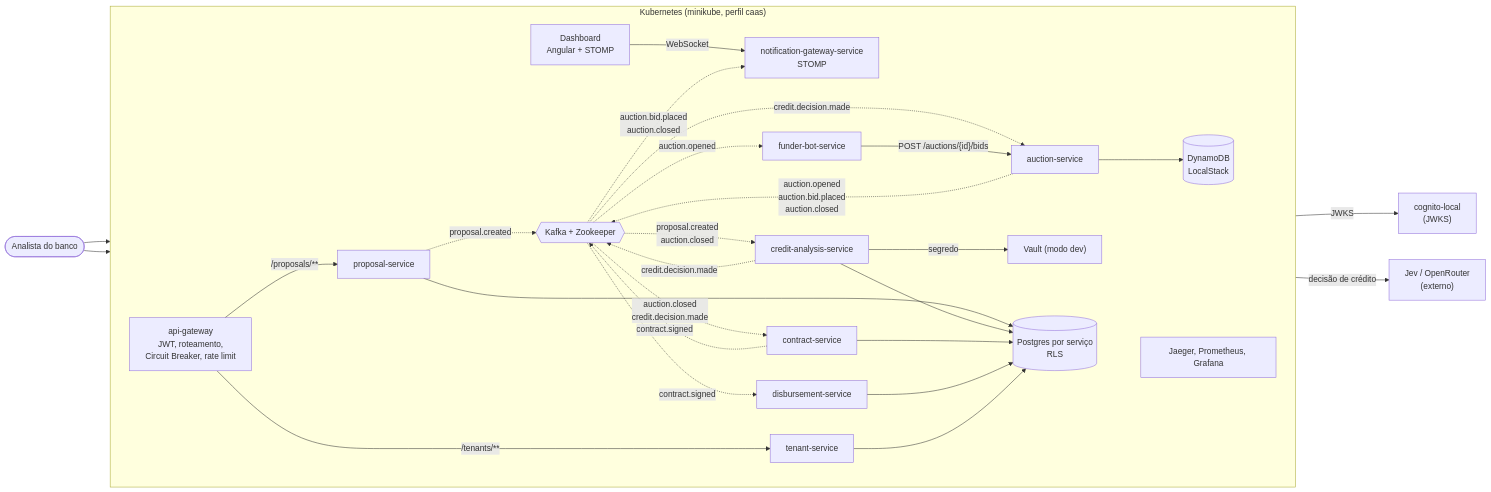
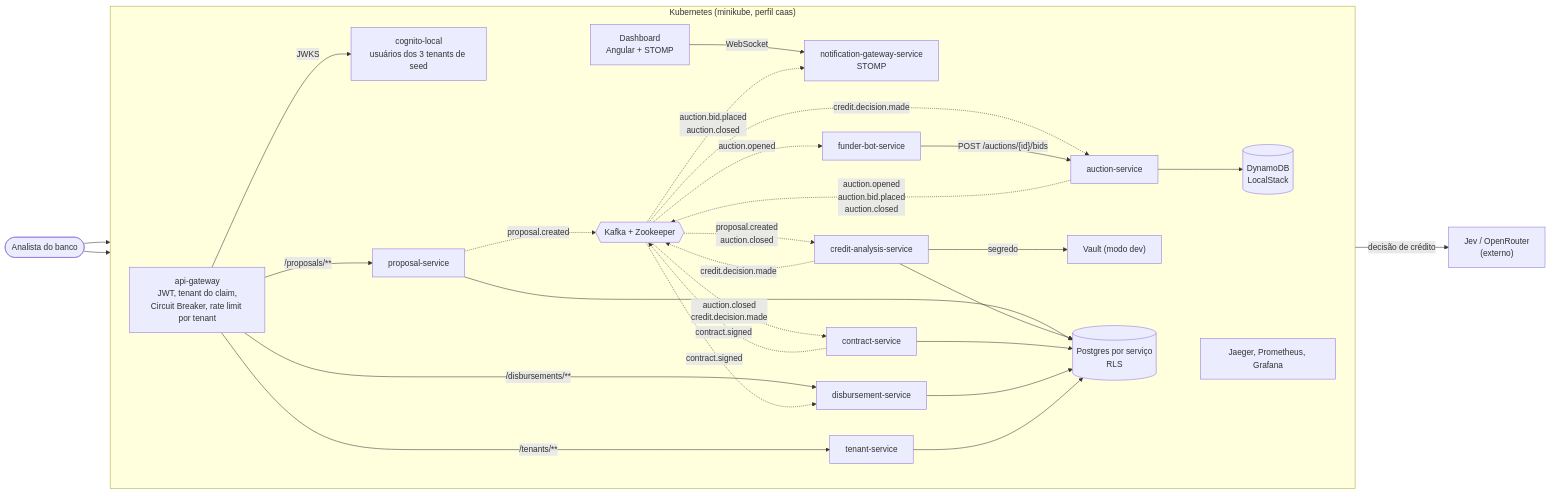
The diagram in docs/c4/container.md (Henrique-CBueno/caas-consignado-leilao), drawn with Mermaid before and after one commit. The commit also changed other lines of this file and 22 other files, not shown here.

Commit message:
Gateway deriva o tenant do JWT: claim custom:tenant_id, 403 sem tenant, rate limit por tenant, rota /disbursements, cognito-local e NetworkPolicy (Calico) no cluster (#17)

````diff
--- a/docs/c4/container.md
+++ b/docs/c4/container.md
@@ -5,54 +5,55 @@
 ```mermaid
 flowchart LR
     analista(["Analista do banco"])
     jev["Jev / OpenRouter<br/>(externo)"]
-    cognito["cognito-local<br/>(JWKS)"]
 
     subgraph k8s["Kubernetes (minikube, perfil caas)"]
         direction LR
         dashboard["Dashboard<br/>Angular + STOMP"]
-        gateway["api-gateway<br/>JWT, roteamento,<br/>Circuit Breaker, rate limit"]
+        gateway["api-gateway<br/>JWT, tenant do claim,<br/>Circuit Breaker, rate limit por tenant"]
         tenant["tenant-service"]
         proposal["proposal-service"]
         credit["credit-analysis-service"]
         auction["auction-service"]
         bot["funder-bot-service"]
         notif["notification-gateway-service<br/>STOMP"]
         contract["contract-service"]
         disb["disbursement-service"]
 
         kafka{{"Kafka + Zookeeper"}}
         pg[("Postgres por serviço<br/>RLS")]
         dynamo[("DynamoDB<br/>LocalStack")]
         vault["Vault (modo dev)"]
+        cognito["cognito-local<br/>usuários dos 3 tenants de seed"]
         obs["Jaeger, Prometheus, Grafana"]
     end
 
     analista --> dashboard
     analista --> gateway
     dashboard -- WebSocket --> notif
     gateway -- JWKS --> cognito
     gateway -- "/tenants/**" --> tenant
     gateway -- "/proposals/**" --> proposal
+    gateway -- "/disbursements/**" --> disb
 
     proposal -. "proposal.created" .-> kafka
     kafka -. "proposal.created<br/>auction.closed" .-> credit
     credit -. "credit.decision.made" .-> kafka
     kafka -. "credit.decision.made" .-> auction
     auction -. "auction.opened<br/>auction.bid.placed<br/>auction.closed" .-> kafka
     kafka -. "auction.opened" .-> bot
     bot -- "POST /auctions/{id}/bids" --> auction
     kafka -. "auction.bid.placed<br/>auction.closed" .-> notif
     kafka -. "auction.closed<br/>credit.decision.made" .-> contract
     contract -. "contract.signed" .-> kafka
     kafka -. "contract.signed" .-> disb
 
     credit -- "decisão de crédito" --> jev
     credit -- "segredo" --> vault
     auction --> dynamo
     proposal --> pg
     credit --> pg
     contract --> pg
     disb --> pg
     tenant --> pg
 ```
````
